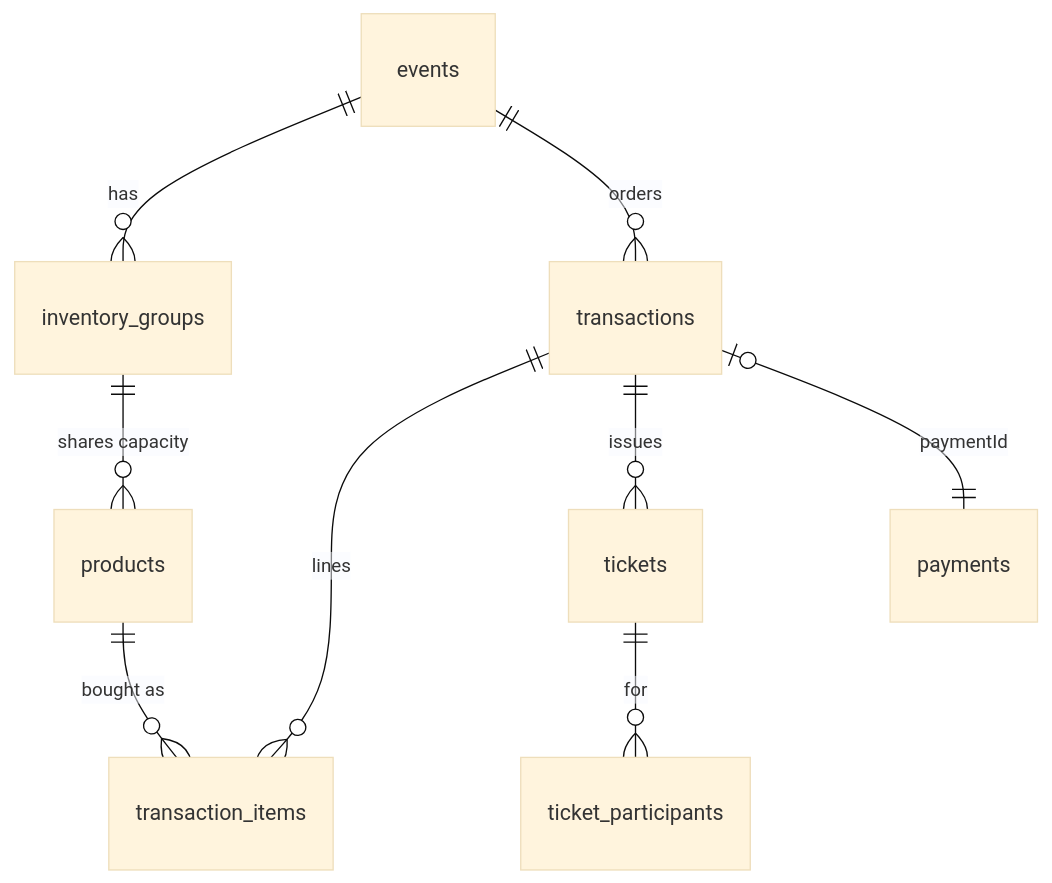
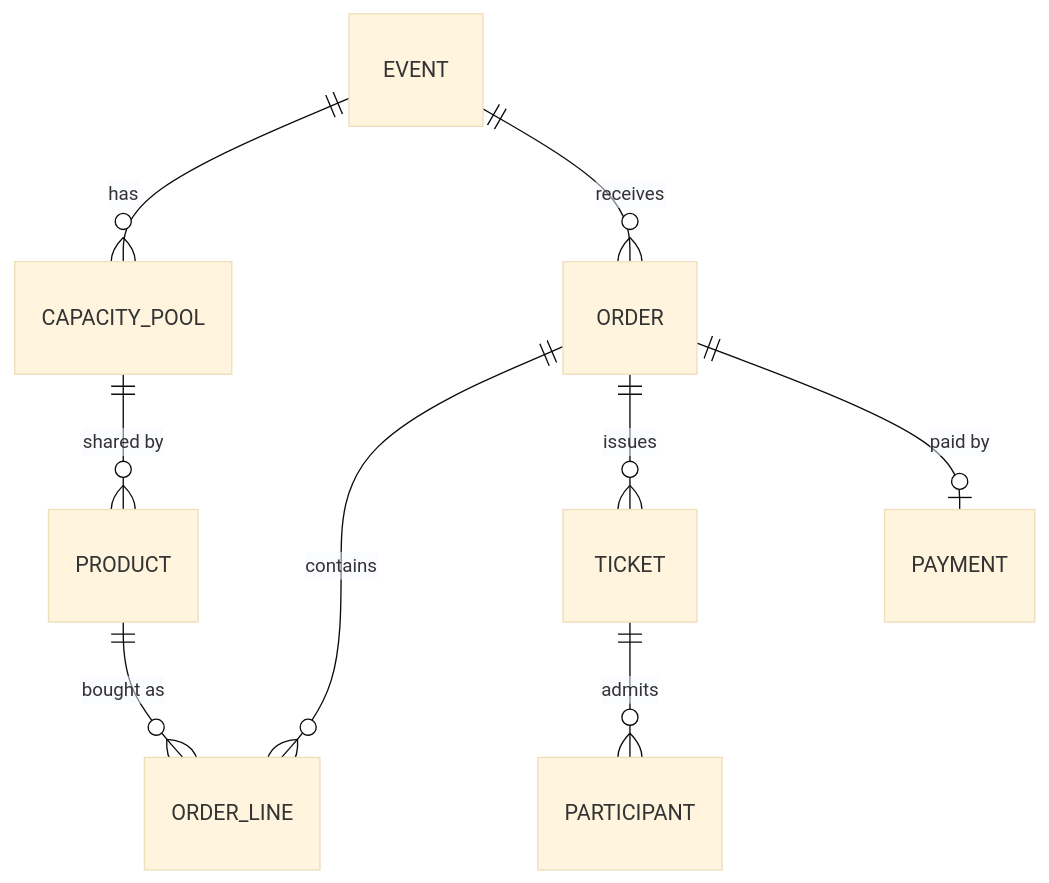
Before and after one commit to Konkrad/cms: the second of 2 diagrams in src/modules/events/features/ticket-checkout.md, drawn with Mermaid (base theme). The commit also changed other lines of this file and 11 other files, not shown here.

First line of the commit message:
Feature notes in business language, with diagrams; architecture notes

````diff
--- a/src/modules/events/features/ticket-checkout.md
+++ b/src/modules/events/features/ticket-checkout.md
@@ -45,11 +42,11 @@
 ```mermaid
 erDiagram
-    events ||--o{ inventory_groups : "has"
-    inventory_groups ||--o{ products : "shares capacity"
-    events ||--o{ transactions : "orders"
-    transactions ||--o{ transaction_items : "lines"
-    products ||--o{ transaction_items : "bought as"
-    transactions ||--o{ tickets : "issues"
-    tickets ||--o{ ticket_participants : "for"
-    transactions |o--|| payments : "paymentId"
+    EVENT ||--o{ CAPACITY_POOL : "has"
+    CAPACITY_POOL ||--o{ PRODUCT : "shared by"
+    EVENT ||--o{ ORDER : "receives"
+    ORDER ||--o{ ORDER_LINE : "contains"
+    PRODUCT ||--o{ ORDER_LINE : "bought as"
+    ORDER ||--o{ TICKET : "issues"
+    TICKET ||--o{ PARTICIPANT : "admits"
+    ORDER ||--o| PAYMENT : "paid by"
 ```
````
